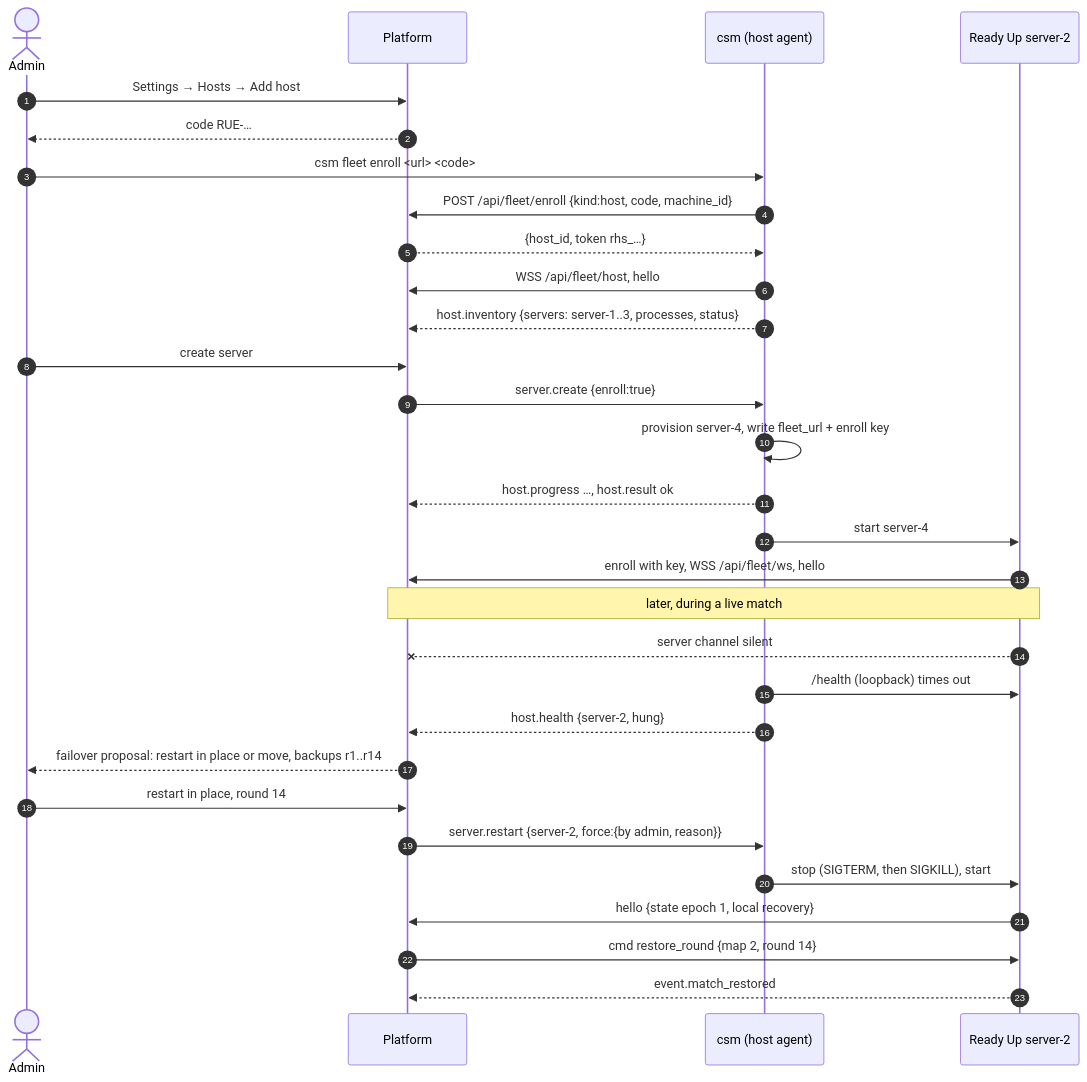
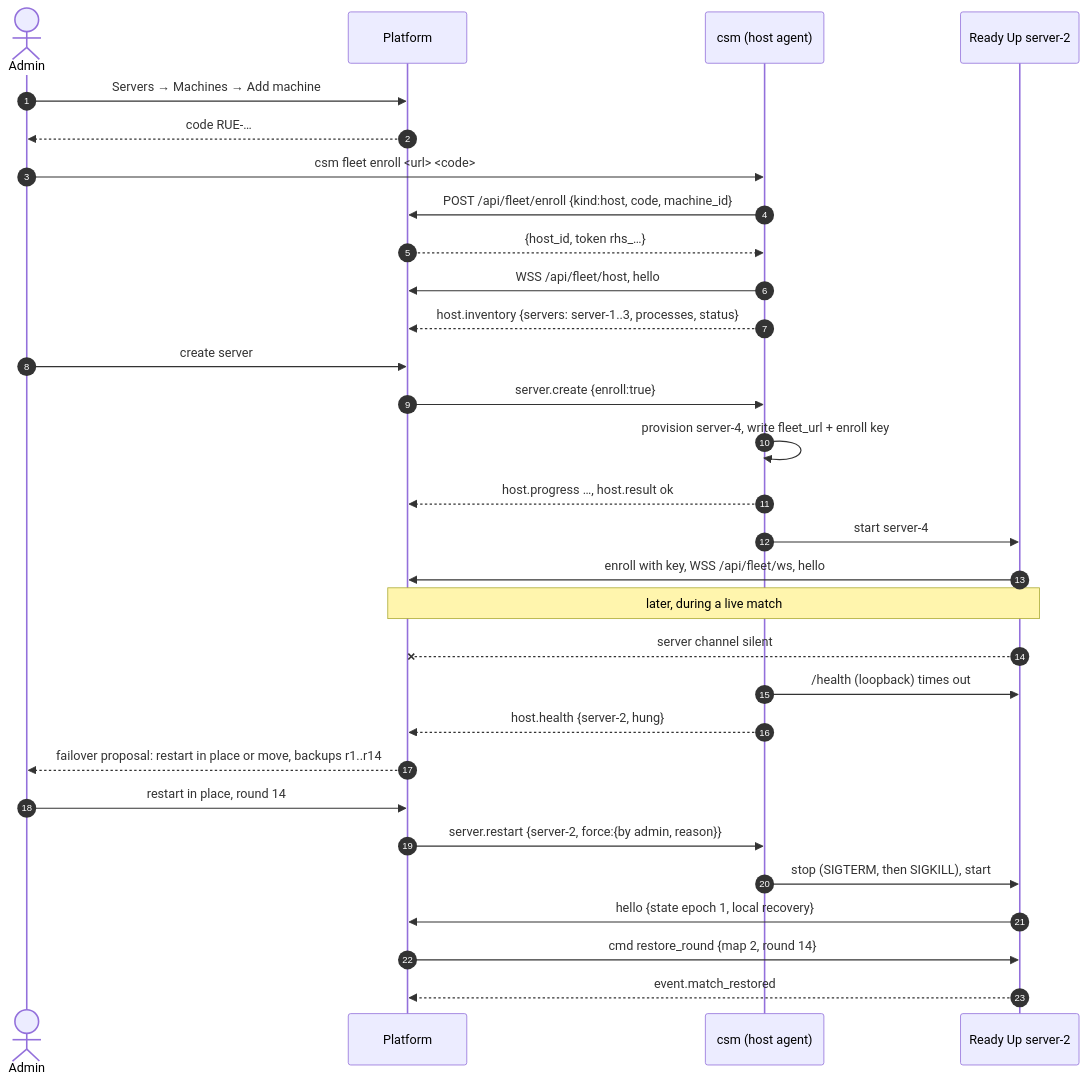
The seventh of 7 diagrams in docs/FLEET.md (Auto-Tournament/ready-up), drawn with Mermaid before and after one commit. The commit also changed other lines of this file and 2 other files, not shown here.

Commit message:
docs: license wording (no 'paid license'), Servers → Machines → Add machine path (#118)

````diff
--- a/docs/FLEET.md
+++ b/docs/FLEET.md
@@ -1572,32 +1572,32 @@
 ```mermaid
 sequenceDiagram
     autonumber
     actor Adm as Admin
     participant API as Platform
     participant CSM as csm (host agent)
     participant RU as Ready Up server-2
-    Adm->>API: Settings → Hosts → Add host
+    Adm->>API: Servers → Machines → Add machine
     API-->>Adm: code RUE-…
     Adm->>CSM: csm fleet enroll <url> <code>
     CSM->>API: POST /api/fleet/enroll {kind:host, code, machine_id}
     API-->>CSM: {host_id, token rhs_…}
     CSM->>API: WSS /api/fleet/host, hello
     CSM-->>API: host.inventory {servers: server-1..3, processes, status}
     Adm->>API: create server
     API->>CSM: server.create {enroll:true}
     CSM->>CSM: provision server-4, write fleet_url + enroll key
     CSM-->>API: host.progress …, host.result ok
     CSM->>RU: start server-4
     RU->>API: enroll with key, WSS /api/fleet/ws, hello
     Note over RU,API: later, during a live match
     RU--xAPI: server channel silent
     CSM->>RU: /health (loopback) times out
     CSM-->>API: host.health {server-2, hung}
     API-->>Adm: failover proposal: restart in place or move, backups r1..r14
     Adm->>API: restart in place, round 14
     API->>CSM: server.restart {server-2, force:{by admin, reason}}
     CSM->>RU: stop (SIGTERM, then SIGKILL), start
     RU->>API: hello {state epoch 1, local recovery}
     API->>RU: cmd restore_round {map 2, round 14}
     RU-->>API: event.match_restored
 ```
````
